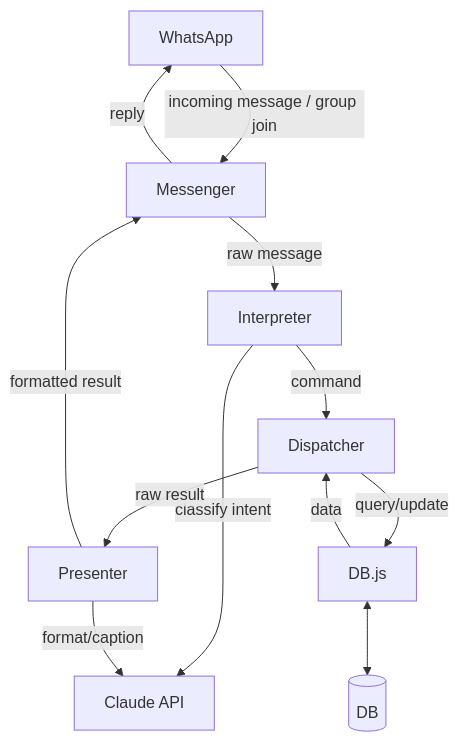
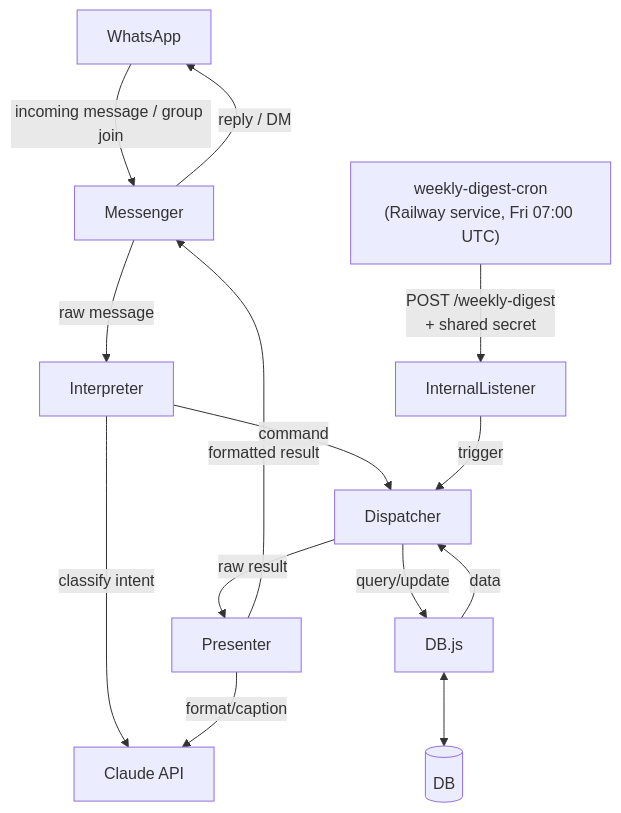
Before and after one commit to andreiiuga/muslimSpaces: the diagram in README.md, drawn with Mermaid. The commit also changed other lines of this file, not shown here.

First line of the commit message:
Document InternalListener and the weekly-digest cron job

````diff
--- a/README.md
+++ b/README.md
@@ -139,18 +192,21 @@
 ```mermaid
 flowchart TB
     WA["WhatsApp"] -->|incoming message / group join| MSG["Messenger"]
-    MSG -->|reply| WA
+    MSG -->|reply / DM| WA
 
     MSG -->|raw message| INT["Interpreter"]
     REN -->|formatted result| MSG
 
     INT -->|classify intent| CLAUDE["Claude API"]
     INT -->|command| DISP["Dispatcher"]
+
+    CRON["weekly-digest-cron<br/>(Railway service, Fri 07:00 UTC)"] -->|"POST /weekly-digest<br/>+ shared secret"| IL["InternalListener"]
+    IL -->|trigger| DISP
 
     DISP -->|query/update| DBJS["DB.js"]
     DBJS -->|data| DISP
     DBJS <--> DB[("DB")]
 
     DISP -->|raw result| REN["Presenter"]
     REN -->|format/caption| CLAUDE
 ```
````
